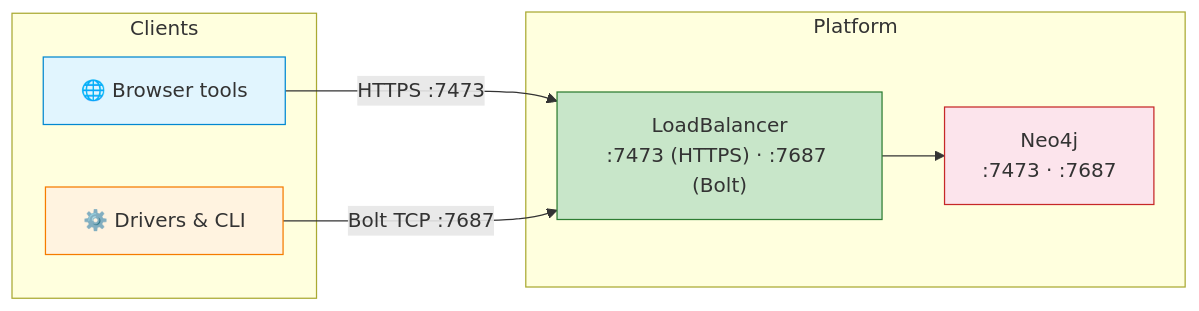
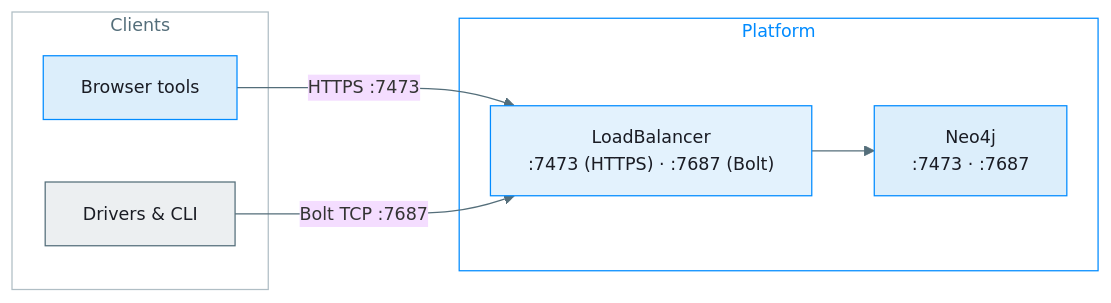
One commit to sebastien-paltrie-neo4j/neo4j-kubernetes changed the fourth of 4 diagrams in neo4j-client-access-patterns.md. Above: the diagram before and after it, drawn with Mermaid. The commit also changed other lines of this file, not shown here.

Commit message:
tweak styling mermaid font

````diff
--- a/neo4j-client-access-patterns.md
+++ b/neo4j-client-access-patterns.md
@@ -196,21 +208,24 @@
 ```mermaid
+%%{init: {'theme':'base', 'themeVariables': {'lineColor':'#546E7A','fontSize':'14px'}}}%%
 flowchart LR
     subgraph clients ["Clients"]
-        b["🌐 Browser tools"]
-        d["⚙️ Drivers & CLI"]
+        b["Browser tools"]
+        d["Drivers & CLI"]
     end
 
     subgraph platform ["Platform"]
         lb["LoadBalancer\n:7473 (HTTPS) · :7687 (Bolt)"]
         neo["Neo4j\n:7473 · :7687"]
     end
 
     b -- "HTTPS :7473" --> lb
     d -- "Bolt TCP :7687" --> lb
     lb --> neo
 
-    style b fill:#e1f5fe,stroke:#0288d1
-    style d fill:#fff3e0,stroke:#f57c00
-    style lb fill:#c8e6c9,stroke:#2e7d32
-    style neo fill:#fce4ec,stroke:#c62828
+    style b fill:#DCEEFB,stroke:#018BFF,color:#1A1C24
+    style d fill:#ECEFF1,stroke:#546E7A,color:#1A1C24
+    style lb fill:#E3F2FD,stroke:#018BFF,color:#1A1C24
+    style neo fill:#DCEEFB,stroke:#018BFF,color:#1A1C24
+    style clients fill:none,stroke:#B0BEC5,color:#546E7A
+    style platform fill:none,stroke:#018BFF,color:#018BFF
 ```
````
